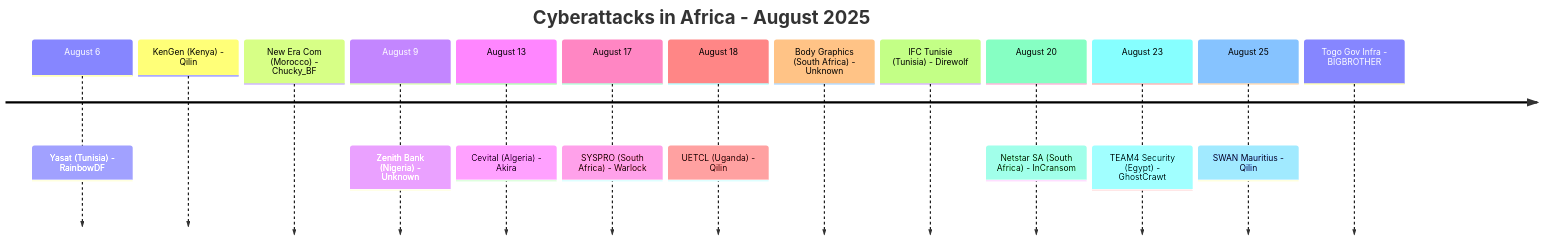
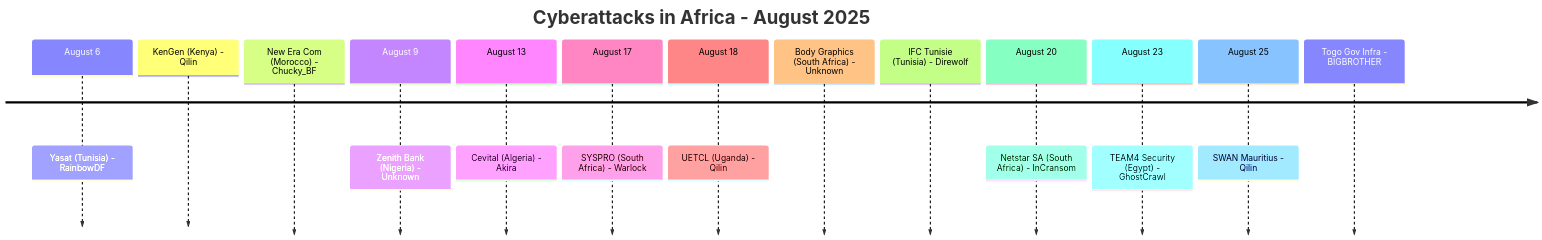
The first of 4 diagrams in CyberAttackAfrica/2025/08-august/report/README.md (Hatchepsoute/AFRINTEL), drawn with Mermaid before and after one commit. The commit also changed other lines of this file and 255 other files, not shown here.

````diff
--- a/CyberAttackAfrica/2025/08-august/report/README.md
+++ b/CyberAttackAfrica/2025/08-august/report/README.md
@@ -44,17 +44,17 @@
 ```mermaid
 timeline
     title Cyberattacks in Africa - August 2025
     August 6 : Yasat (Tunisia) - RainbowDF
                KenGen (Kenya) - Qilin
                New Era Com (Morocco) - Chucky_BF
     August 9 : Zenith Bank (Nigeria) - Unknown
     August 13 : Cevital (Algeria) - Akira
     August 17 : SYSPRO (South Africa) - Warlock
     August 18 : UETCL (Uganda) - Qilin
                 Body Graphics (South Africa) - Unknown
                 IFC Tunisie (Tunisia) - Direwolf
     August 20 : Netstar SA (South Africa) - InCransom
-    August 23 : TEAM4 Security (Egypt) - GhostCrawt
+    August 23 : TEAM4 Security (Egypt) - GhostCrawl
     August 25 : SWAN Mauritius - Qilin
                 Togo Gov Infra - BIGBROTHER
 ```
````
